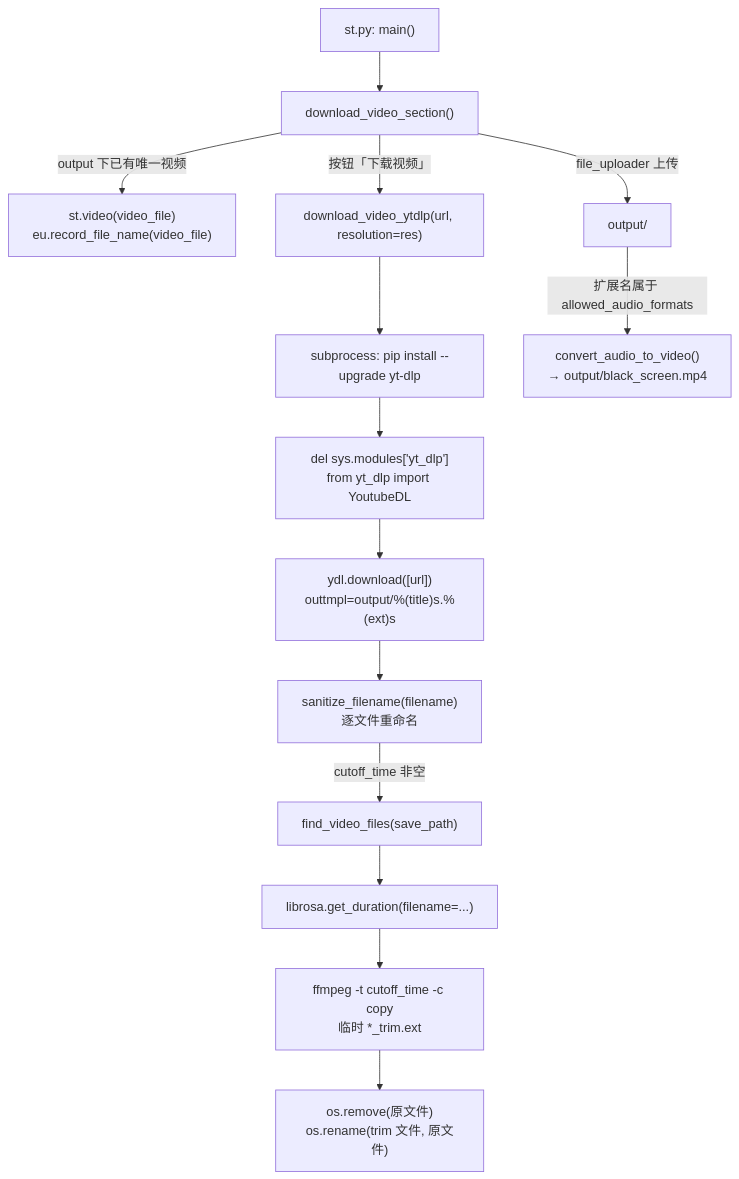
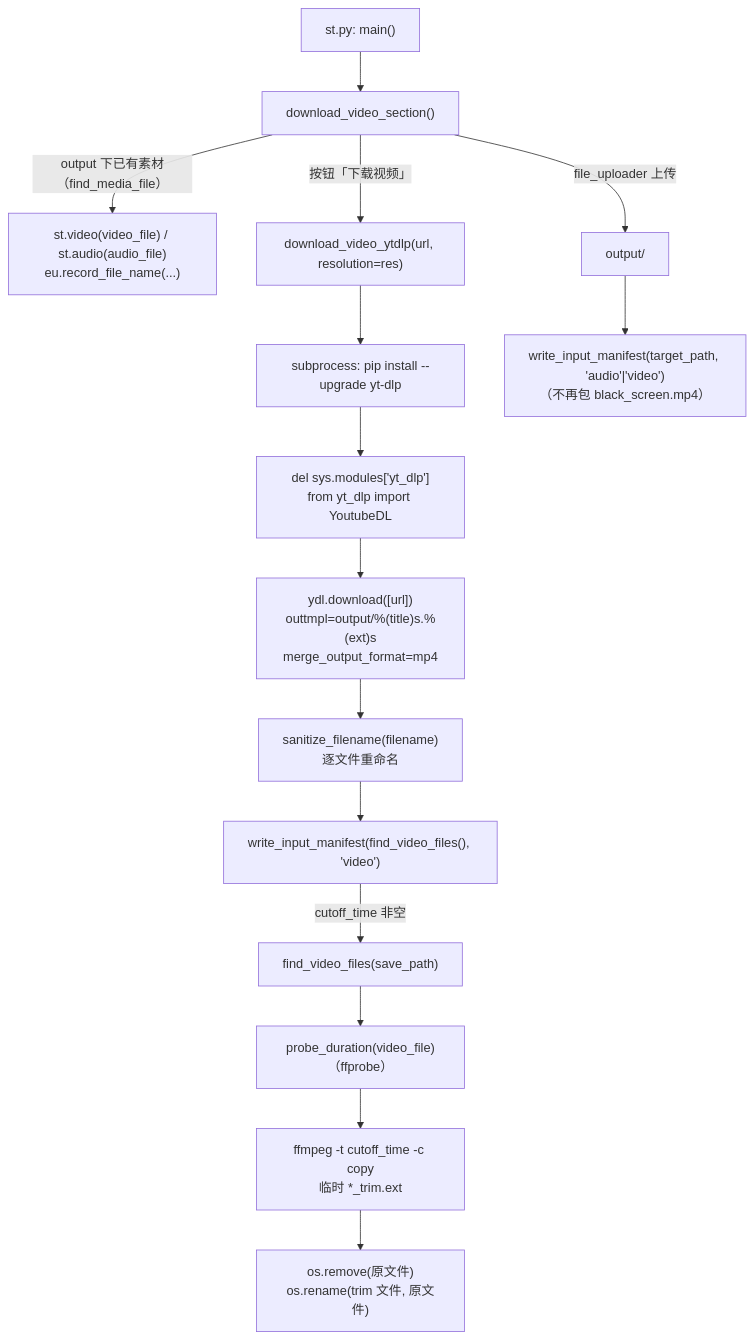
One commit to Brzjomo/VideoLingoMove changed the first of 2 diagrams in devdocs/02-pipeline/01-下载与音频提取.md. Above: the diagram before and after it, drawn with Mermaid. The commit also changed other lines of this file and 30 other files, not shown here.

````diff
--- a/devdocs/02-pipeline/01-下载与音频提取.md
+++ b/devdocs/02-pipeline/01-下载与音频提取.md
@@ -46,16 +46,17 @@
 ```mermaid
 flowchart TD
     A["st.py: main()"] --> B["download_video_section()"]
-    B -->|"output 下已有唯一视频"| B1["st.video(video_file)<br/>eu.record_file_name(video_file)"]
+    B -->|"output 下已有素材（find_media_file）"| B1["st.video(video_file) / st.audio(audio_file)<br/>eu.record_file_name(...)"]
     B -->|"按钮「下载视频」"| C["download_video_ytdlp(url, resolution=res)"]
     C --> C1["subprocess: pip install --upgrade yt-dlp"]
     C1 --> C2["del sys.modules['yt_dlp']<br/>from yt_dlp import YoutubeDL"]
-    C2 --> C3["ydl.download([url])<br/>outtmpl=output/%(title)s.%(ext)s"]
+    C2 --> C3["ydl.download([url])<br/>outtmpl=output/%(title)s.%(ext)s<br/>merge_output_format=mp4"]
     C3 --> C4["sanitize_filename(filename)<br/>逐文件重命名"]
-    C4 -->|"cutoff_time 非空"| C5["find_video_files(save_path)"]
-    C5 --> C6["librosa.get_duration(filename=...)"]
-    C6 --> C7["ffmpeg -t cutoff_time -c copy<br/>临时 *_trim.ext"]
-    C7 --> C8["os.remove(原文件)<br/>os.rename(trim 文件, 原文件)"]
+    C4 --> C5["write_input_manifest(find_video_files(), 'video')"]
+    C5 -->|"cutoff_time 非空"| C6["find_video_files(save_path)"]
+    C6 --> C7["probe_duration(video_file)（ffprobe）"]
+    C7 --> C8["ffmpeg -t cutoff_time -c copy<br/>临时 *_trim.ext"]
+    C8 --> C9["os.remove(原文件)<br/>os.rename(trim 文件, 原文件)"]
     B -->|"file_uploader 上传"| U1["output/<clean_name>"]
-    U1 -->|"扩展名属于 allowed_audio_formats"| U2["convert_audio_to_video()<br/>→ output/black_screen.mp4"]
+    U1 --> U2["write_input_manifest(target_path, 'audio'|'video')<br/>（不再包 black_screen.mp4）"]
 ```
````
